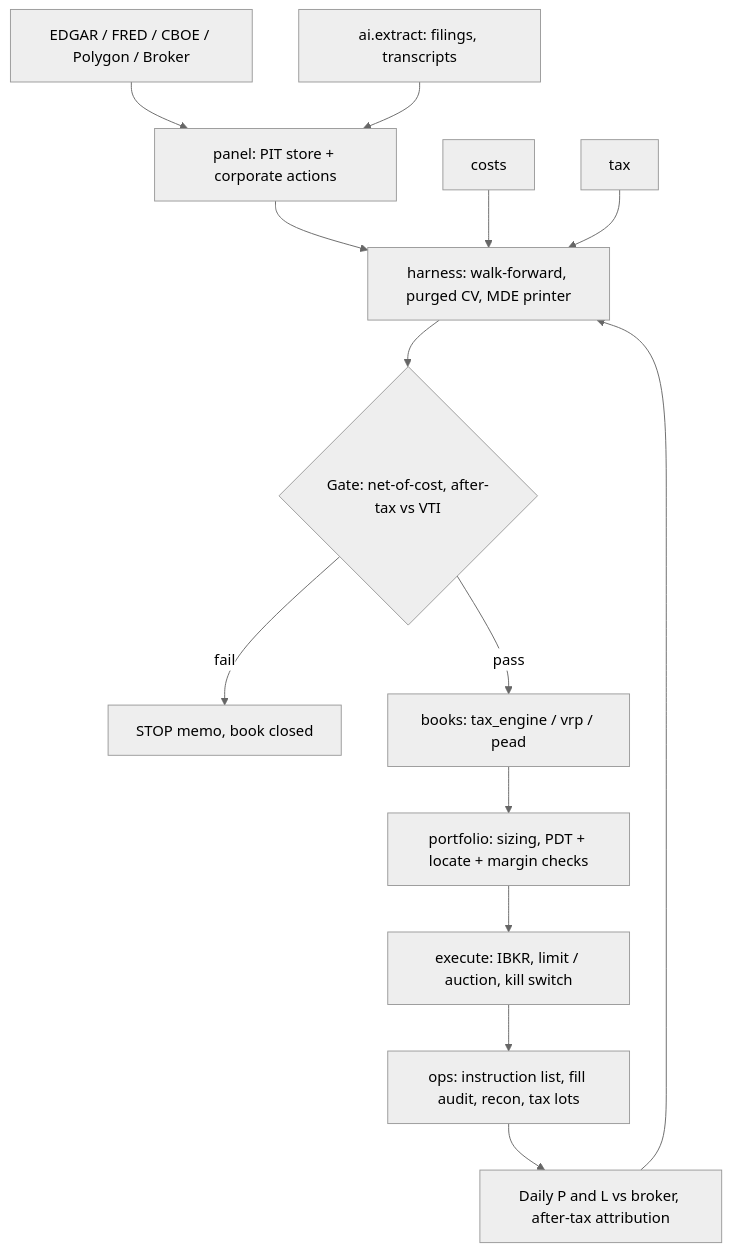
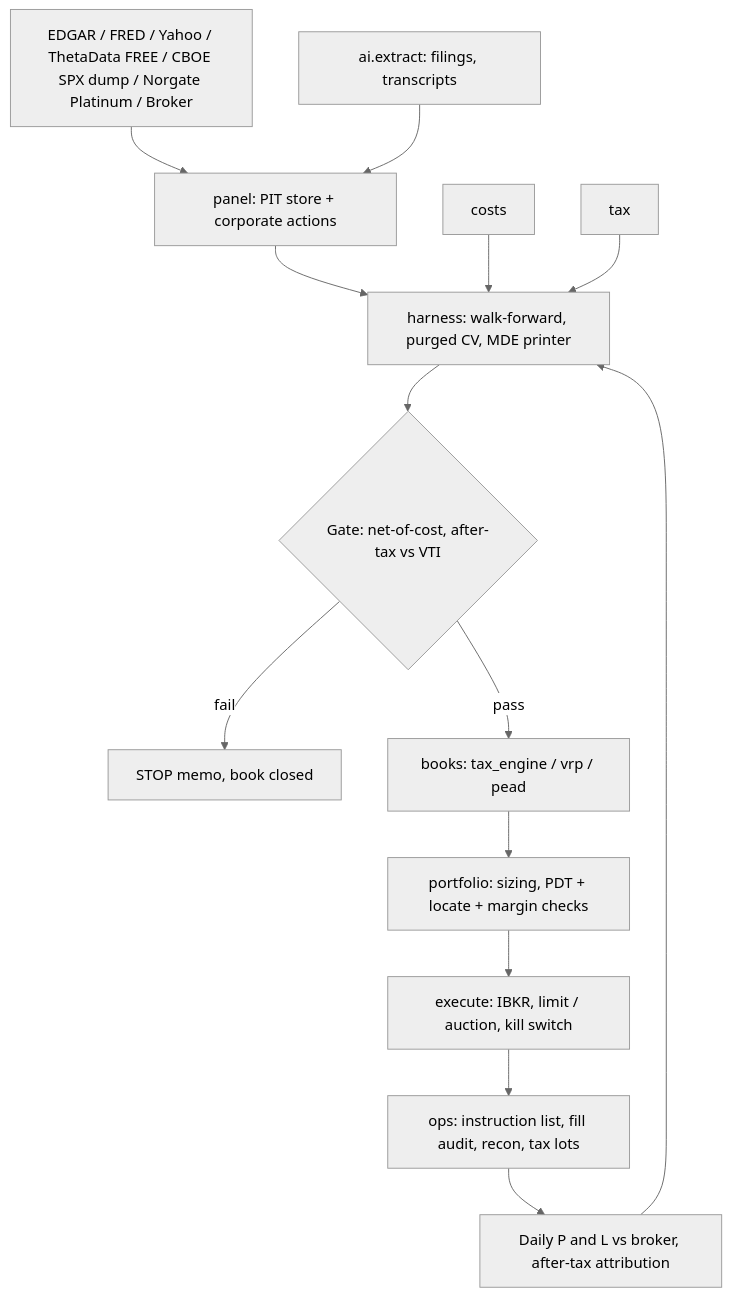
The diagram in docs/next/us-equity-architecture-blueprint.md (sureshjaladanki/algo-trade-platform), drawn with Mermaid (neutral theme) before and after one commit. The commit also changed other lines of this file and 27 other files, not shown here.

````diff
--- a/docs/next/us-equity-architecture-blueprint.md
+++ b/docs/next/us-equity-architecture-blueprint.md
@@ -231,16 +242,16 @@
 ```mermaid
 flowchart TD
-    A[EDGAR / FRED / CBOE / Polygon / Broker] --> B[panel: PIT store + corporate actions]
+    A[EDGAR / FRED / Yahoo / ThetaData FREE / CBOE SPX dump / Norgate Platinum / Broker] --> B[panel: PIT store + corporate actions]
     B --> C[harness: walk-forward, purged CV, MDE printer]
     D[costs] --> C
     E[tax] --> C
     C --> F{Gate: net-of-cost, after-tax vs VTI}
     F -- fail --> Z[STOP memo, book closed]
     F -- pass --> G[books: tax_engine / vrp / pead]
     G --> H[portfolio: sizing, PDT + locate + margin checks]
     H --> I[execute: IBKR, limit / auction, kill switch]
     I --> J[ops: instruction list, fill audit, recon, tax lots]
     J --> K[Daily P and L vs broker, after-tax attribution]
     K --> C
     L[ai.extract: filings, transcripts] --> B
 ```
````
